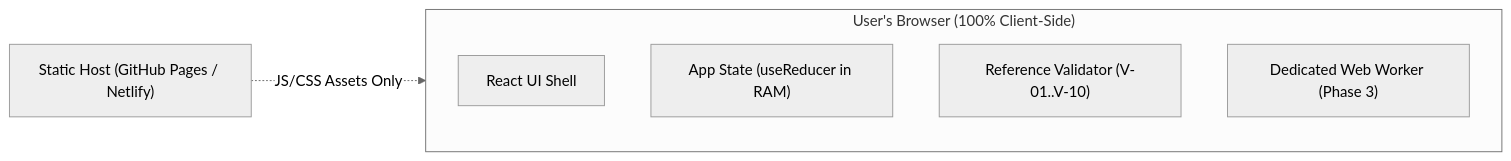
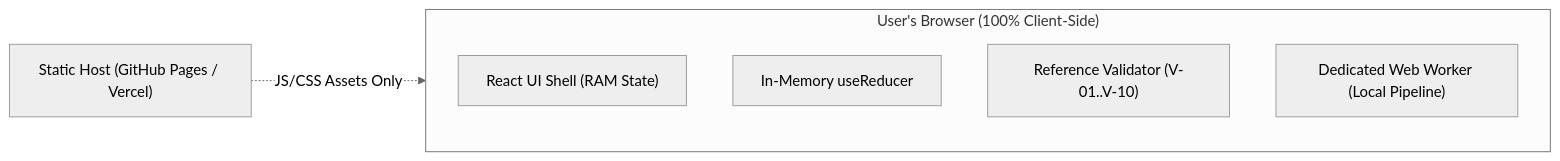
The diagram in README.md (mominabrarm/missiq), drawn with Mermaid (neutral theme) before and after one commit. The commit also changed other lines of this file and 6 other files, not shown here.

Commit message:
Complete Phase 7: Static Production Deployment & Final Validation

````diff
--- a/README.md
+++ b/README.md
@@ -111,11 +205,11 @@
 ```mermaid
 flowchart LR
   subgraph Browser["User's Browser (100% Client-Side)"]
-    UI["React UI Shell"]
-    ST["App State (useReducer in RAM)"]
+    UI["React UI Shell (RAM State)"]
+    ST["In-Memory useReducer"]
     VAL["Reference Validator (V-01..V-10)"]
-    WK["Dedicated Web Worker (Phase 3)"]
+    WK["Dedicated Web Worker (Local Pipeline)"]
   end
 
-  HOST["Static Host (GitHub Pages / Netlify)"] -. "JS/CSS Assets Only" .-> Browser
+  HOST["Static Host (GitHub Pages / Vercel)"] -. "JS/CSS Assets Only" .-> Browser
 ```
````
